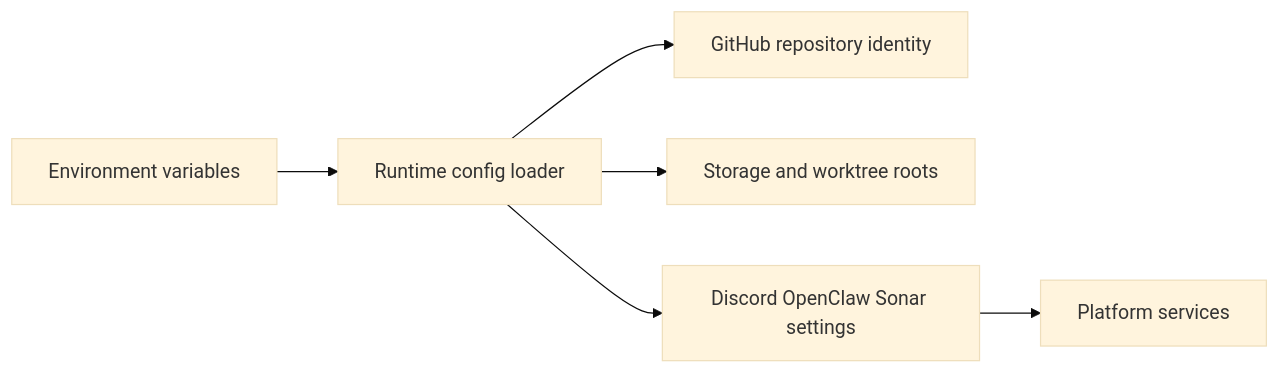
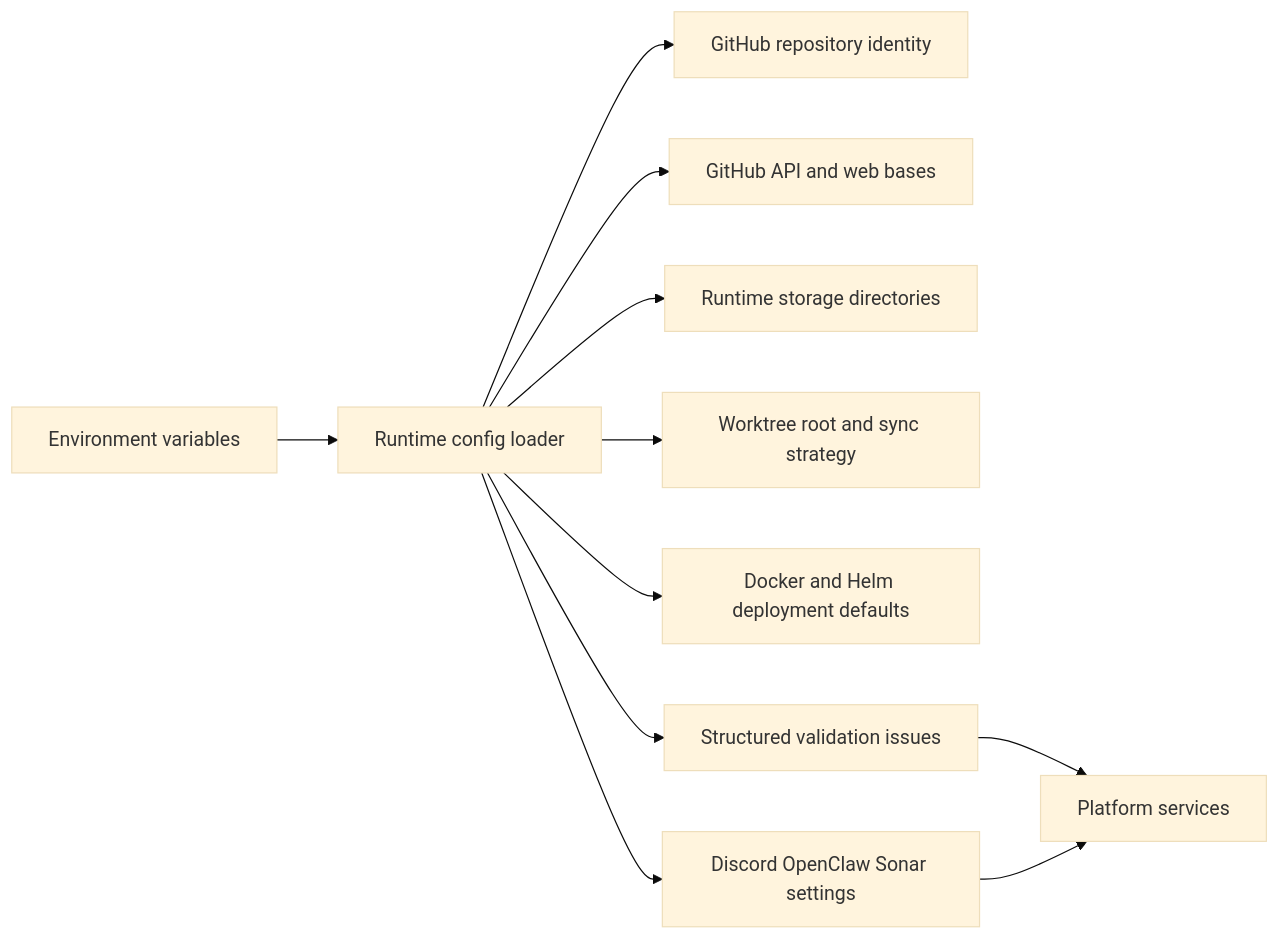
The diagram in packages/config/README.md (VannaDii/ironloom), drawn with Mermaid (base theme) before and after one commit. The commit also changed other lines of this file and 15 other files, not shown here.

Commit message:
feat: expand runtime config defaults

````diff
--- a/packages/config/README.md
+++ b/packages/config/README.md
@@ -11,8 +11,13 @@
 ```mermaid
 flowchart LR
   Env[Environment variables] --> Loader[Runtime config loader]
   Loader --> Repo[GitHub repository identity]
-  Loader --> Storage[Storage and worktree roots]
+  Loader --> GitHub[GitHub API and web bases]
+  Loader --> Storage[Runtime storage directories]
+  Loader --> Worktrees[Worktree root and sync strategy]
+  Loader --> Deploy[Docker and Helm deployment defaults]
   Loader --> Integrations[Discord OpenClaw Sonar settings]
+  Loader --> Validation[Structured validation issues]
+  Validation --> Services[Platform services]
   Integrations --> Services[Platform services]
 ```
````
